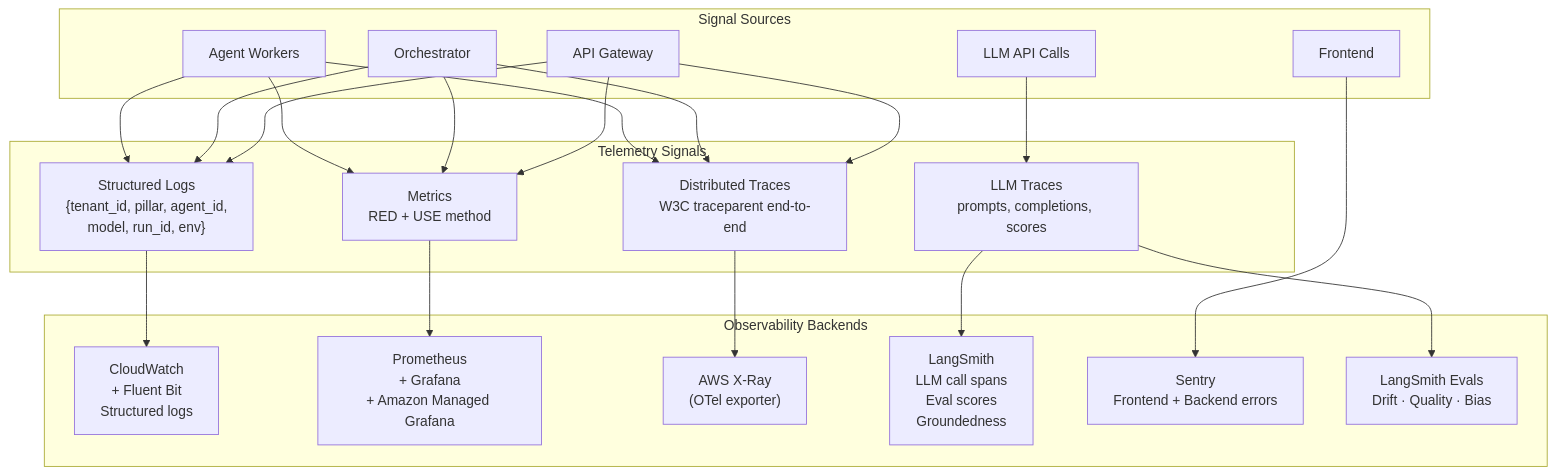
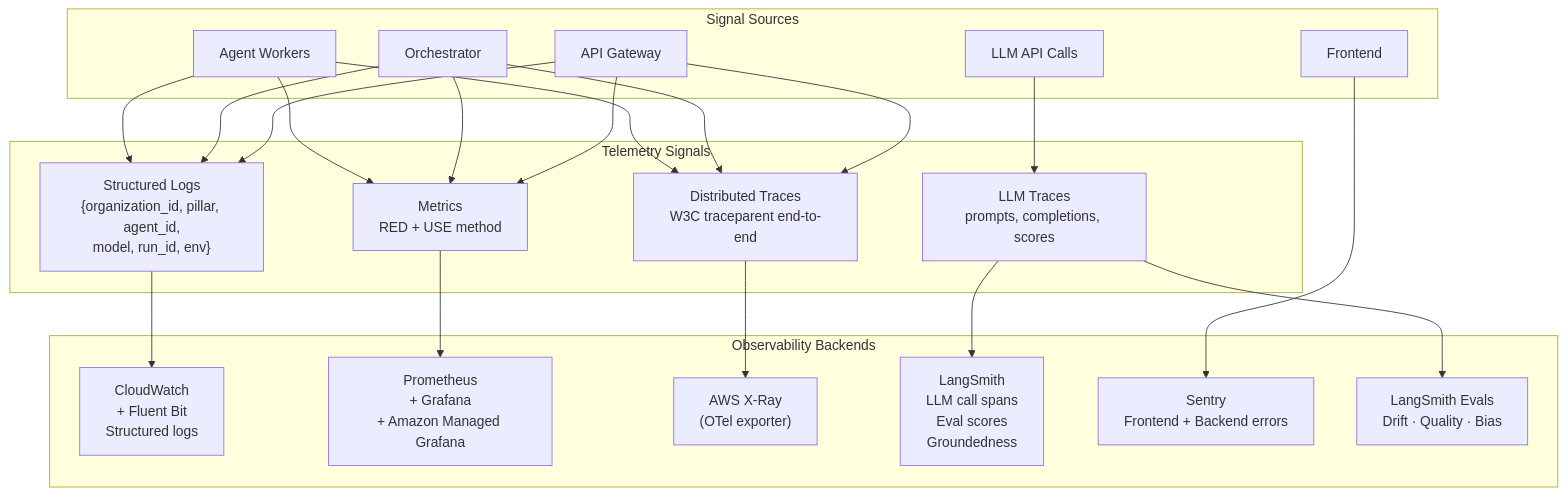
Diagram 15 of 18 in docs/architecture/HLD.md (kaushraj1/AutoFounder), drawn with Mermaid before and after one commit. The commit also changed other lines of this file and 9 other files, not shown here.

First line of the commit message:
refactor(docs): migrate docs/architecture to the canonical stack

````diff
--- a/docs/architecture/HLD.md
+++ b/docs/architecture/HLD.md
@@ -644,36 +643,36 @@
 ```mermaid
 graph TB
     subgraph Sources["Signal Sources"]
         AGENTS[Agent Workers]
         ORCH[Orchestrator]
         API[API Gateway]
         FE[Frontend]
         LLM_CALLS[LLM API Calls]
     end
 
     subgraph Signals["Telemetry Signals"]
-        LOGS["Structured Logs\n{tenant_id, pillar, agent_id,\nmodel, run_id, env}"]
+        LOGS["Structured Logs\n{organization_id, pillar, agent_id,\nmodel, run_id, env}"]
         METRICS["Metrics\nRED + USE method"]
         TRACES["Distributed Traces\nW3C traceparent end-to-end"]
         LLM_TRACES["LLM Traces\nprompts, completions, scores"]
     end
 
     subgraph Backends["Observability Backends"]
         ELK["CloudWatch\n+ Fluent Bit\nStructured logs"]
         PROM["Prometheus\n+ Grafana\n+ Amazon Managed Grafana"]
         XRAY["AWS X-Ray\n(OTel exporter)"]
         LS["LangSmith\nLLM call spans\nEval scores\nGroundedness"]
         SENTRY["Sentry\nFrontend + Backend errors"]
         TL["LangSmith Evals\nDrift · Quality · Bias"]
     end
 
     AGENTS & ORCH & API --> LOGS & METRICS & TRACES
     LLM_CALLS --> LLM_TRACES
 
     LOGS --> ELK
     METRICS --> PROM
     TRACES --> XRAY
     LLM_TRACES --> LS
     FE --> SENTRY
     LLM_TRACES --> TL
 ```
````
